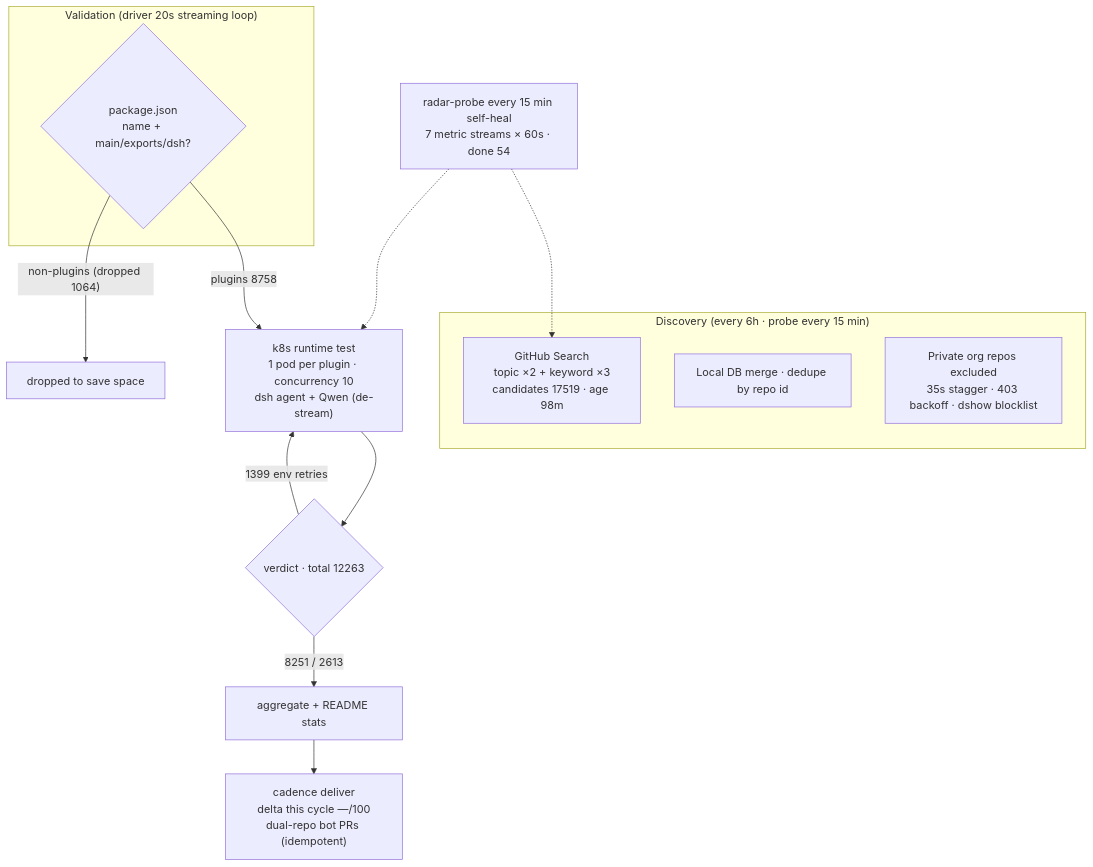
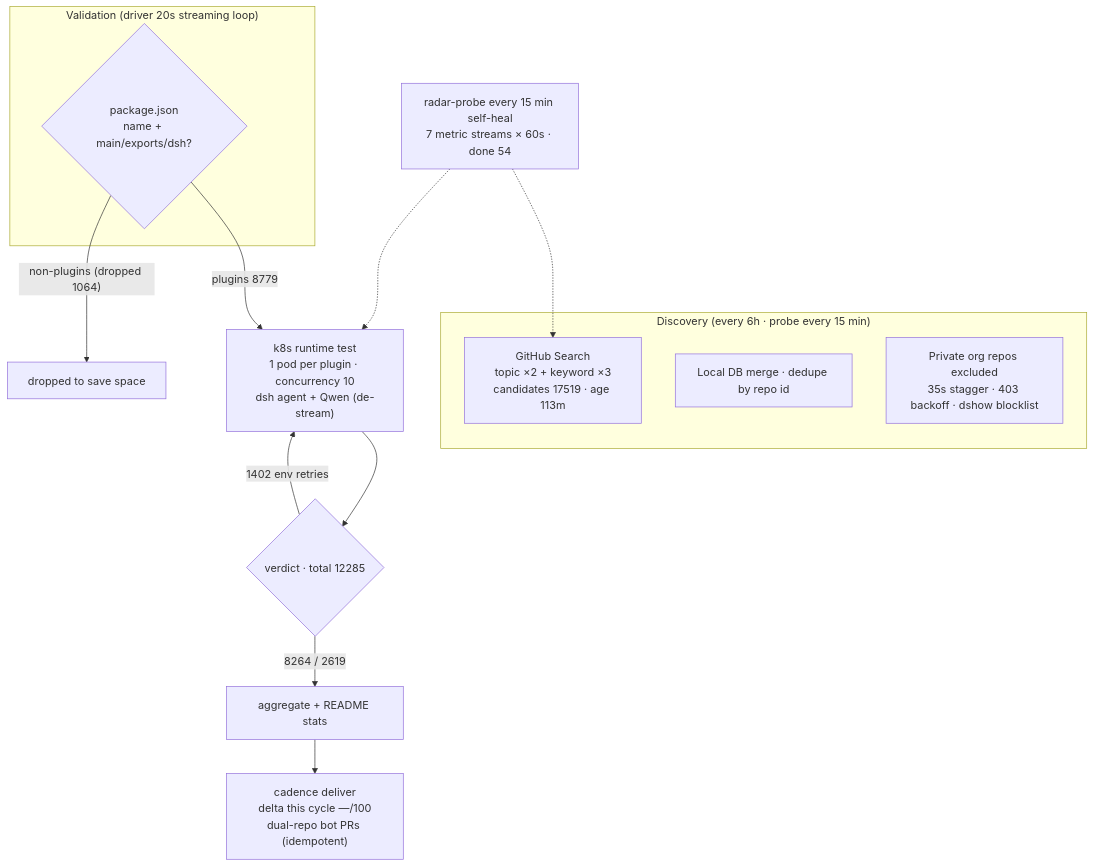
Before and after one commit to AdamPlatin123/awesome-dsh-plugins: the diagram in README.en-US.md, drawn with Mermaid. The commit also changed other lines of this file and 5 other files, not shown here.

````diff
--- a/README.en-US.md
+++ b/README.en-US.md
@@ -45,20 +45,20 @@
 ```mermaid
 flowchart TB
     subgraph Discovery["Discovery (every 6h · probe every 15 min)"]
-        A1["GitHub Search<br/>topic ×2 + keyword ×3<br/>candidates 17519 · age 98m"]
+        A1["GitHub Search<br/>topic ×2 + keyword ×3<br/>candidates 17519 · age 113m"]
         A2["Local DB merge · dedupe by repo id"]
         A3["Private org repos excluded<br/>35s stagger · 403 backoff · dshow blocklist"]
     end
     subgraph Validation["Validation (driver 20s streaming loop)"]
         B1{"package.json<br/>name + main/exports/dsh?"}
     end
-    B1 -->|"plugins 8758"| C1["k8s runtime test<br/>1 pod per plugin · concurrency 10<br/>dsh agent + Qwen (de-stream)"]
+    B1 -->|"plugins 8779"| C1["k8s runtime test<br/>1 pod per plugin · concurrency 10<br/>dsh agent + Qwen (de-stream)"]
     B1 -->|"non-plugins (dropped 1064)"| B3["dropped to save space"]
-    C1 --> D1{"verdict · total 12263"}
-    D1 -->|"8251 / 2613"| E1["aggregate + README stats"]
-    D1 -->|"1399 env retries"| C1
+    C1 --> D1{"verdict · total 12285"}
+    D1 -->|"8264 / 2619"| E1["aggregate + README stats"]
+    D1 -->|"1402 env retries"| C1
     E1 --> E2["cadence deliver<br/>delta this cycle —/100<br/>dual-repo bot PRs (idempotent)"]
     M["radar-probe every 15 min self-heal<br/>7 metric streams × 60s · done 54"]
     M -.-> A1
     M -.-> C1
 ```
````
